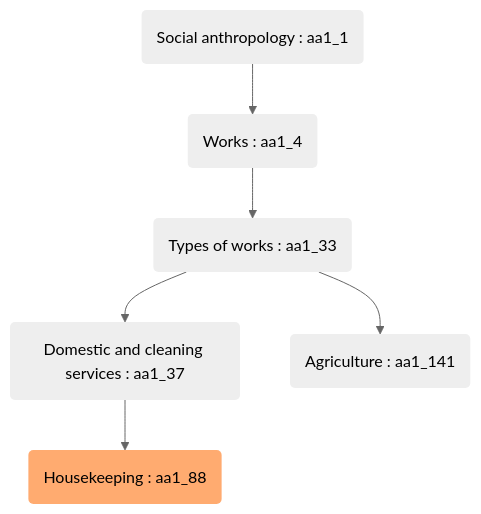
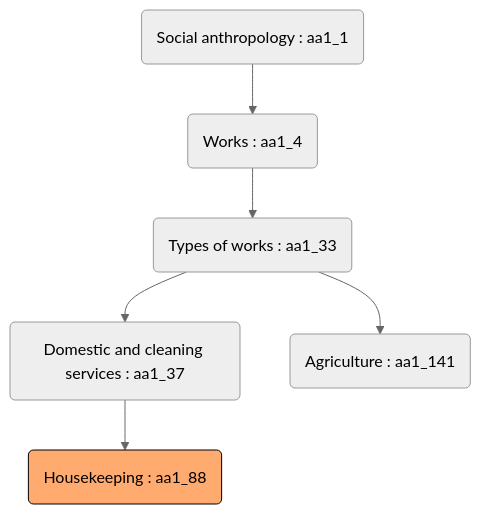
One commit to renderpci/dedalo changed the fourth of 4 diagrams in docs/diffusion/publication_api/publication_api.md. Above: the diagram before and after it, drawn with Mermaid (neutral theme). The commit also changed other lines of this file and 7 other files, not shown here.

````diff
--- a/docs/diffusion/publication_api/publication_api.md
+++ b/docs/diffusion/publication_api/publication_api.md
@@ -1952,14 +1946,12 @@
 ```mermaid
 flowchart TD
 
     %% Colors %%
-
-    classDef default fill:#eeeeee,stroke:#000,stroke-width:0;
     classDef orange fill:#FFAB70,stroke:#000,color:#000
 
     A(Social anthropology : aa1_1) --> B(Works : aa1_4)
     B --> C(Types of works : aa1_33)
     C --> D(Domestic and cleaning services : aa1_37)
     C --> E(Agriculture : aa1_141)
     D --> F(Housekeeping : aa1_88):::orange
 ```
````
